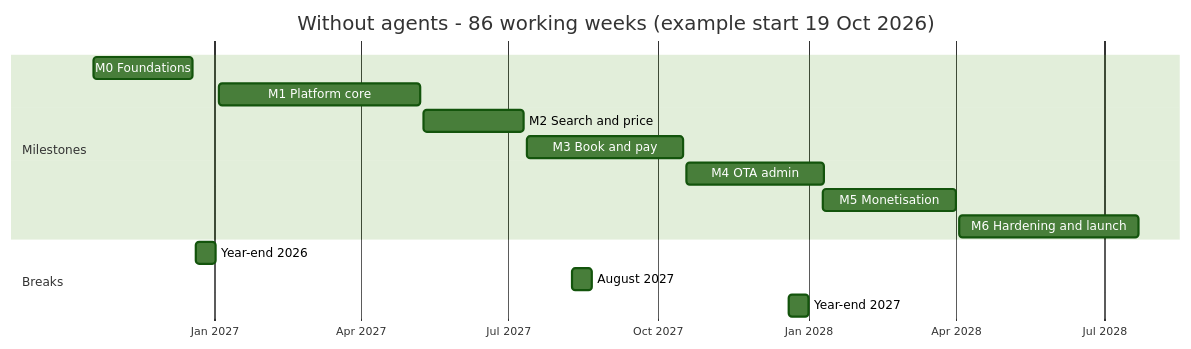
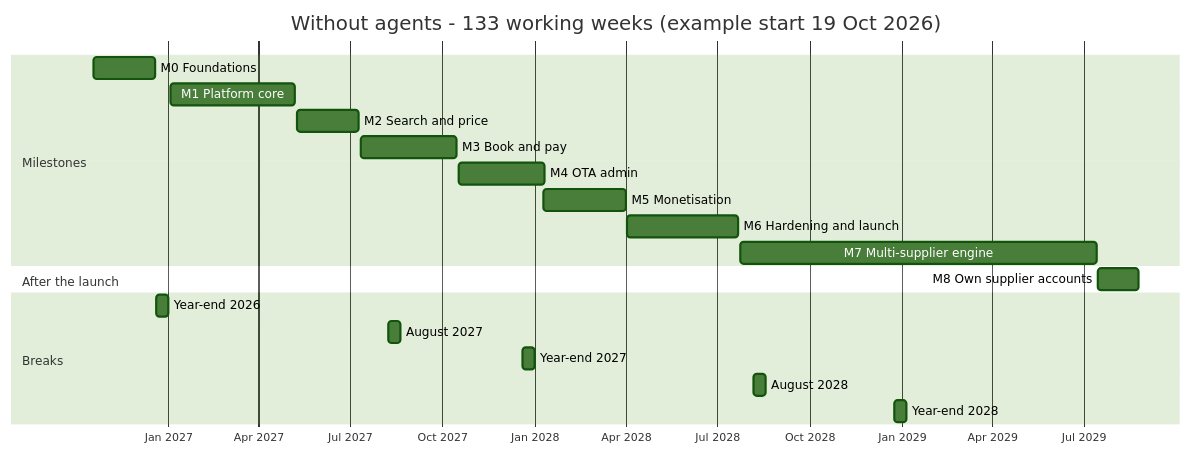
One commit to bhagwati-prasad/velexis-ota changed the second of 3 diagrams in docs/mvp/plans/roadmap.md. Above: the diagram before and after it, drawn with Mermaid (forest theme). The commit also changed other lines of this file and 35 other files, not shown here.

````diff
--- a/docs/mvp/plans/roadmap.md
+++ b/docs/mvp/plans/roadmap.md
@@ -179,18 +206,23 @@
 ```mermaid
 gantt
-  title Without agents - 86 working weeks (example start 19 Oct 2026)
+  title Without agents - 133 working weeks (example start 19 Oct 2026)
   dateFormat YYYY-MM-DD
   axisFormat %b %Y
   section Milestones
   M0 Foundations          :n0, 2026-10-19, 2026-12-19
   M1 Platform core        :n1, 2027-01-04, 2027-05-08
   M2 Search and price     :n2, 2027-05-10, 2027-07-10
   M3 Book and pay         :n3, 2027-07-12, 2027-10-16
   M4 OTA admin            :n4, 2027-10-18, 2028-01-11
   M5 Monetisation         :n5, 2028-01-10, 2028-04-01
   M6 Hardening and launch :n6, 2028-04-03, 2028-07-22
+  M7 Multi-supplier engine :n7, 2028-07-24, 2029-07-14
+  section After the launch
+  M8 Own supplier accounts :n8, 2029-07-16, 2029-08-25
   section Breaks
   Year-end 2026           :2026-12-21, 2027-01-02
   August 2027             :2027-08-09, 2027-08-21
   Year-end 2027           :2027-12-20, 2028-01-01
+  August 2028             :2028-08-07, 2028-08-19
+  Year-end 2028           :2028-12-25, 2029-01-06
 ```
````
